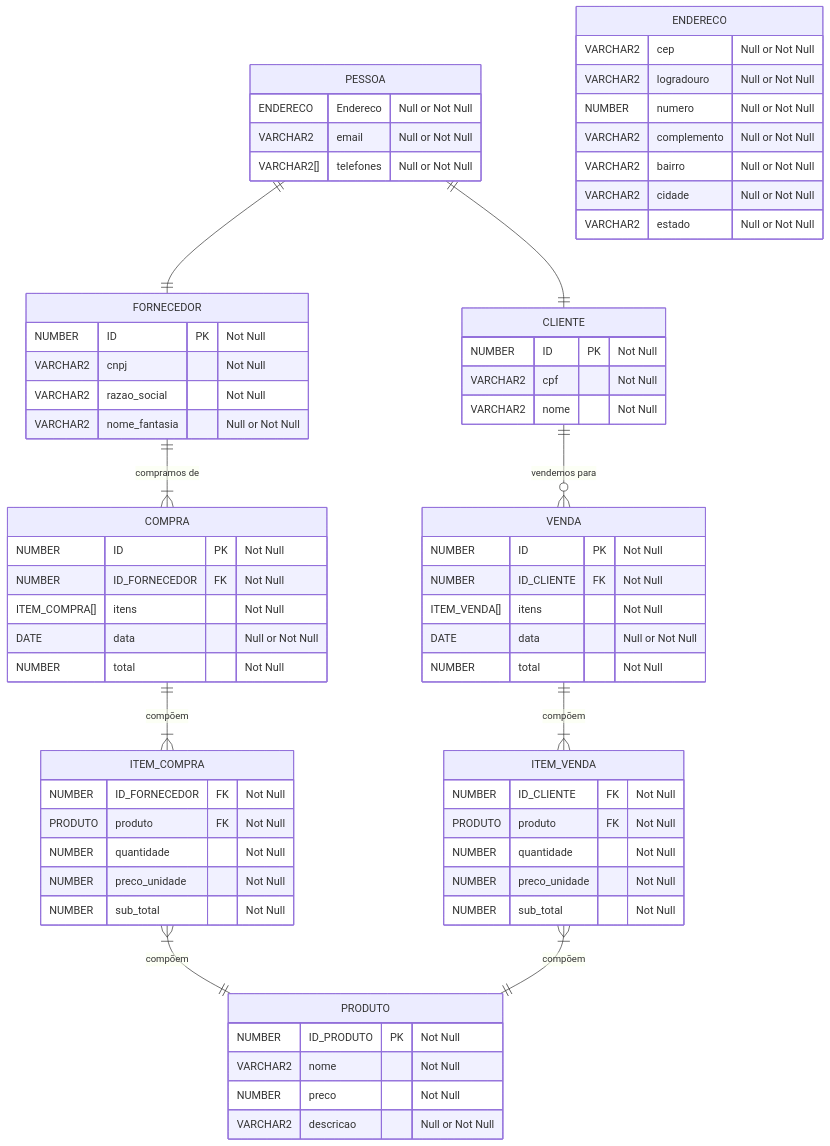
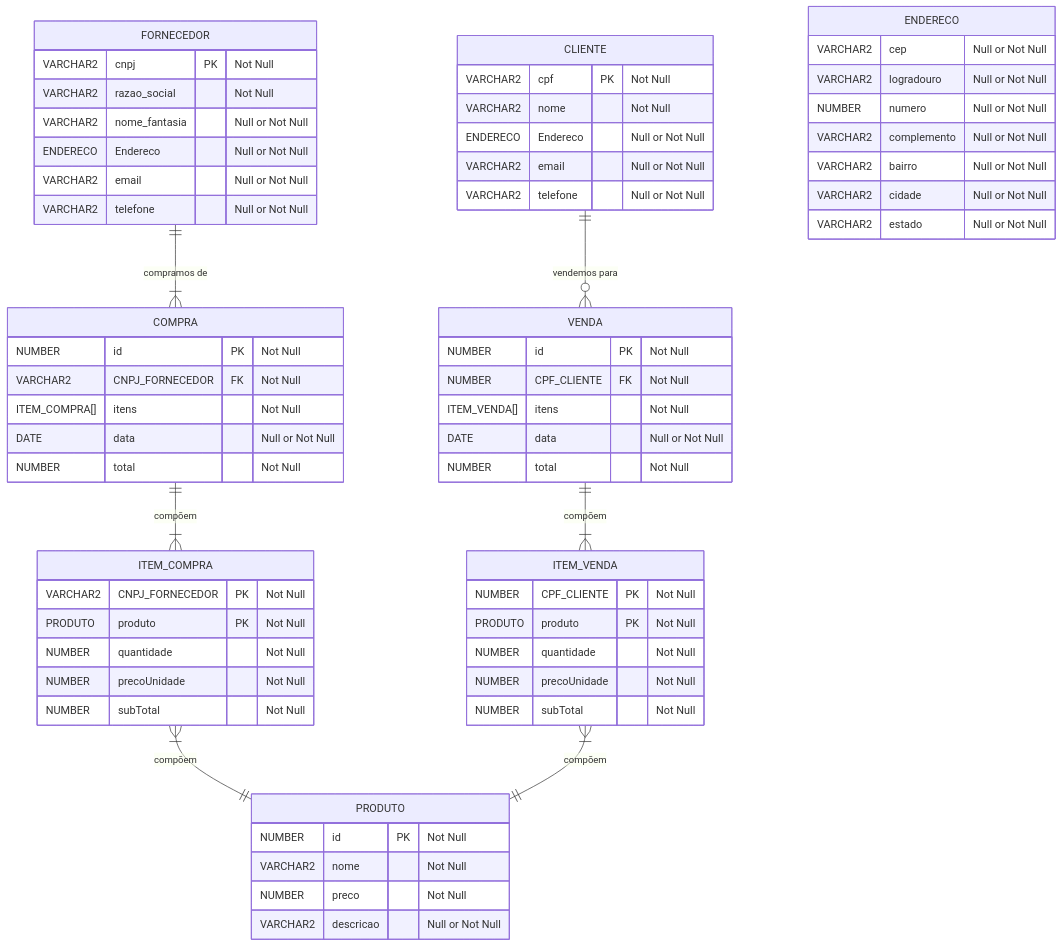
One commit to digaoes94/trabalhoSQL changed the diagram in planning/erDiagram.mmd. Above: the diagram before and after it, drawn with Mermaid. The commit also changed 5 other files, not shown here.

Commit message:
Updated diagram for Classes and Entity-Relationship

```diff
--- a/planning/erDiagram.mmd
+++ b/planning/erDiagram.mmd
@@ -1,80 +1,75 @@
 erDiagram
-    PESSOA {
+    FORNECEDOR {
+        VARCHAR2 cnpj PK "Not Null"
+        VARCHAR2 razao_social "Not Null"
+        VARCHAR2 nome_fantasia "Null or Not Null"
         ENDERECO Endereco "Null or Not Null"
         VARCHAR2 email "Null or Not Null"
-        VARCHAR2[] telefones "Null or Not Null"
-    }
-
-    FORNECEDOR {
-        NUMBER ID PK "Not Null"
-        VARCHAR2 cnpj "Not Null"
-        VARCHAR2 razao_social "Not Null"
-        VARCHAR2 nome_fantasia "Null or Not Null"
+        VARCHAR2 telefone "Null or Not Null"
     }
 
     ITEM_COMPRA {
-        NUMBER ID_FORNECEDOR FK "Not Null"
-        PRODUTO produto FK "Not Null"
+        VARCHAR2 CNPJ_FORNECEDOR PK "Not Null"
+        PRODUTO produto PK "Not Null"
         NUMBER quantidade "Not Null"
-        NUMBER preco_unidade "Not Null"
-        NUMBER sub_total "Not Null"
+        NUMBER precoUnidade "Not Null"
+        NUMBER subTotal "Not Null"
     }
 
     COMPRA {
-        NUMBER ID PK "Not Null"
-        NUMBER ID_FORNECEDOR FK "Not Null"
-        ITEM_COMPRA[] itens"Not Null"
+        NUMBER id PK "Not Null"
+        VARCHAR2 CNPJ_FORNECEDOR FK "Not Null"
+        ITEM_COMPRA[] itens "Not Null"
         DATE data "Null or Not Null"
         NUMBER total "Not Null"
     }
 
     CLIENTE {
-        NUMBER ID PK "Not Null"
-        VARCHAR2 cpf "Not Null"
+        VARCHAR2 cpf PK "Not Null"
         VARCHAR2 nome "Not Null"
+        ENDERECO Endereco "Null or Not Null"
+        VARCHAR2 email "Null or Not Null"
+        VARCHAR2 telefone "Null or Not Null"
     }
 
     ITEM_VENDA {
-        NUMBER ID_CLIENTE FK "Not Null"
-        PRODUTO produto FK "Not Null"
+        NUMBER CPF_CLIENTE PK "Not Null"
+        PRODUTO produto PK "Not Null"
         NUMBER quantidade "Not Null"
-        NUMBER preco_unidade "Not Null"
-        NUMBER sub_total "Not Null"
+        NUMBER precoUnidade "Not Null"
+        NUMBER subTotal "Not Null"
     }
 
     VENDA {
-        NUMBER ID PK "Not Null"
-        NUMBER ID_CLIENTE FK "Not Null"
-        ITEM_VENDA[] itens"Not Null"
+        NUMBER id PK "Not Null"
+        NUMBER CPF_CLIENTE FK "Not Null"
+        ITEM_VENDA[] itens "Not Null"
         DATE data "Null or Not Null"
         NUMBER total "Not Null"
     }
 
     PRODUTO {
-        NUMBER ID_PRODUTO PK "Not Null"
+        NUMBER id PK "Not Null"
         VARCHAR2 nome "Not Null"
         NUMBER preco "Not Null"
         VARCHAR2 descricao "Null or Not Null"
     }
 
     ENDERECO {
         VARCHAR2 cep "Null or Not Null"
         VARCHAR2 logradouro "Null or Not Null"
         NUMBER numero "Null or Not Null"
         VARCHAR2 complemento "Null or Not Null"
         VARCHAR2 bairro "Null or Not Null"
         VARCHAR2 cidade "Null or Not Null"
         VARCHAR2 estado "Null or Not Null"
     }
 
-    PESSOA ||--|| FORNECEDOR : ""
-    PESSOA ||--|| CLIENTE : ""
-
     FORNECEDOR ||--|{ COMPRA : "compramos de"
     COMPRA ||--|{ ITEM_COMPRA : "compõem"
 
     CLIENTE ||--O{ VENDA : "vendemos para"
     VENDA ||--|{ ITEM_VENDA : "compõem"
 
     ITEM_COMPRA }|--|| PRODUTO : "compõem"
     ITEM_VENDA }|--|| PRODUTO : "compõem"
```
